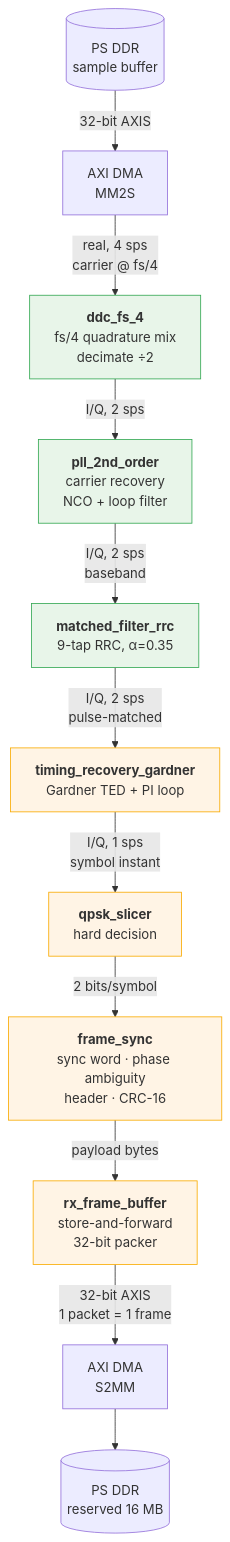
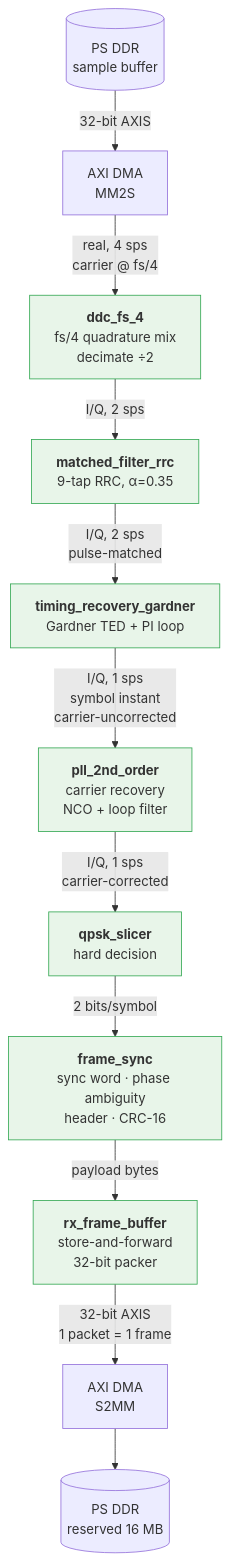
The second of 5 diagrams in docs/system_design.md (gareware83/radio-shoulders), drawn with Mermaid before and after one commit. The commit also changed other lines of this file and 6 other files, not shown here.

````diff
--- a/docs/system_design.md
+++ b/docs/system_design.md
@@ -54,35 +54,35 @@
 ```mermaid
 flowchart TB
     DDR[("PS DDR<br/>sample buffer")]
     DMA["AXI DMA<br/>MM2S"]
 
     DDC["<b>ddc_fs_4</b><br/>fs/4 quadrature mix<br/>decimate ÷2"]
-    PLL["<b>pll_2nd_order</b><br/>carrier recovery<br/>NCO + loop filter"]
     MF["<b>matched_filter_rrc</b><br/>9-tap RRC, α=0.35"]
     TR["<b>timing_recovery_gardner</b><br/>Gardner TED + PI loop"]
+    PLL["<b>pll_2nd_order</b><br/>carrier recovery<br/>NCO + loop filter"]
     SL["<b>qpsk_slicer</b><br/>hard decision"]
     FS["<b>frame_sync</b><br/>sync word · phase ambiguity<br/>header · CRC-16"]
     BUF["<b>rx_frame_buffer</b><br/>store-and-forward<br/>32-bit packer"]
 
     S2MM["AXI DMA<br/>S2MM"]
     RDDR[("PS DDR<br/>reserved 16 MB")]
 
     DDR -->|"32-bit AXIS"| DMA
     DMA -->|"real, 4 sps<br/>carrier @ fs/4"| DDC
-    DDC -->|"I/Q, 2 sps"| PLL
-    PLL -->|"I/Q, 2 sps<br/>baseband"| MF
+    DDC -->|"I/Q, 2 sps"| MF
     MF -->|"I/Q, 2 sps<br/>pulse-matched"| TR
-    TR -->|"I/Q, 1 sps<br/>symbol instant"| SL
+    TR -->|"I/Q, 1 sps<br/>symbol instant<br/>carrier-uncorrected"| PLL
+    PLL -->|"I/Q, 1 sps<br/>carrier-corrected"| SL
     SL -->|"2 bits/symbol"| FS
     FS -->|"payload bytes"| BUF
     BUF -->|"32-bit AXIS<br/>1 packet = 1 frame"| S2MM
     S2MM --> RDDR
 
     style DDC fill:#e8f5e9,stroke:#34a853
+    style MF fill:#e8f5e9,stroke:#34a853
+    style TR fill:#e8f5e9,stroke:#34a853
     style PLL fill:#e8f5e9,stroke:#34a853
-    style MF fill:#e8f5e9,stroke:#34a853
-    style TR fill:#fff4e5,stroke:#f9ab00
-    style SL fill:#fff4e5,stroke:#f9ab00
-    style FS fill:#fff4e5,stroke:#f9ab00
-    style BUF fill:#fff4e5,stroke:#f9ab00
+    style SL fill:#e8f5e9,stroke:#34a853
+    style FS fill:#e8f5e9,stroke:#34a853
+    style BUF fill:#e8f5e9,stroke:#34a853
 ```
````
